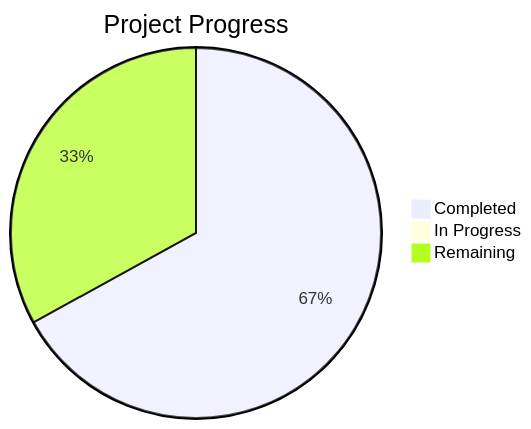
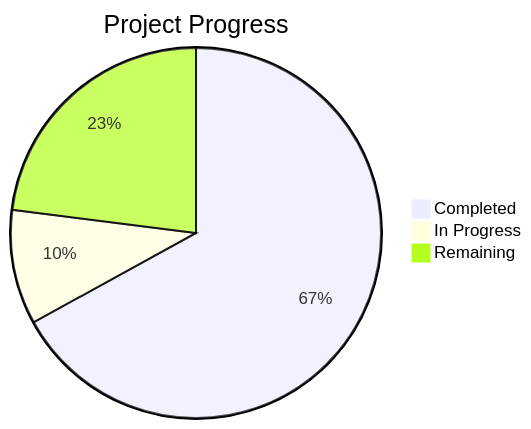
Before and after one commit to aleknitka/Predictive-Poultry-Systems: the diagram in .planning/STATE.md, drawn with Mermaid. The commit also changed other lines of this file and 4 other files, not shown here.

````diff
--- a/.planning/STATE.md
+++ b/.planning/STATE.md
@@ -15,6 +15,6 @@
 ```mermaid
 pie title Project Progress
     "Completed" : 67
-    "In Progress" : 0
-    "Remaining" : 33
+    "In Progress" : 10
+    "Remaining" : 23
 ```
````
